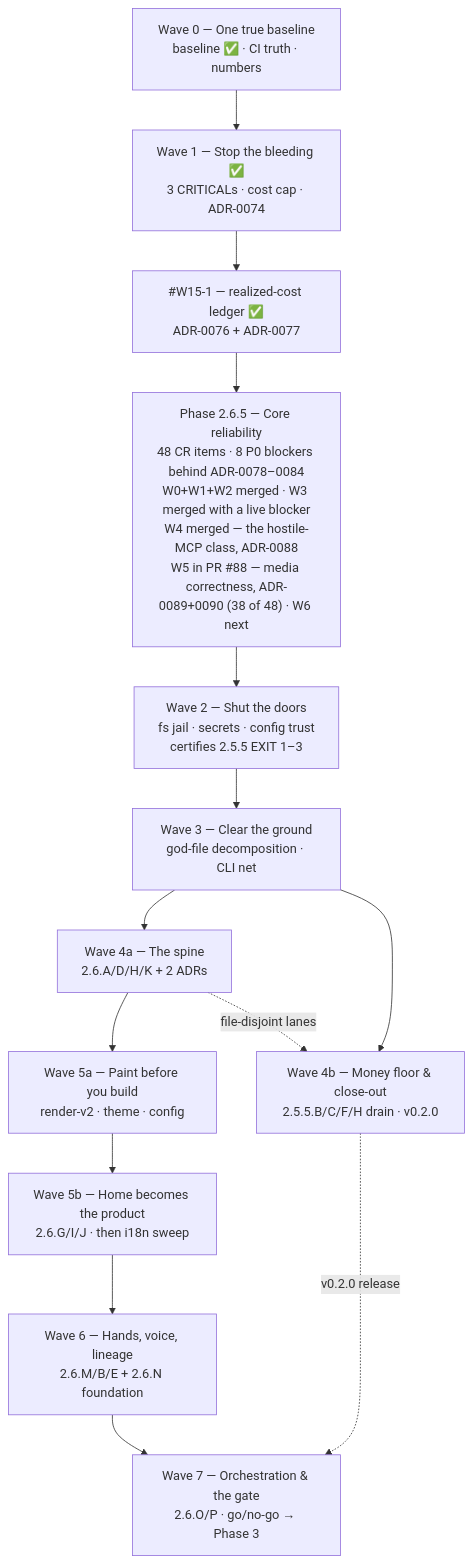
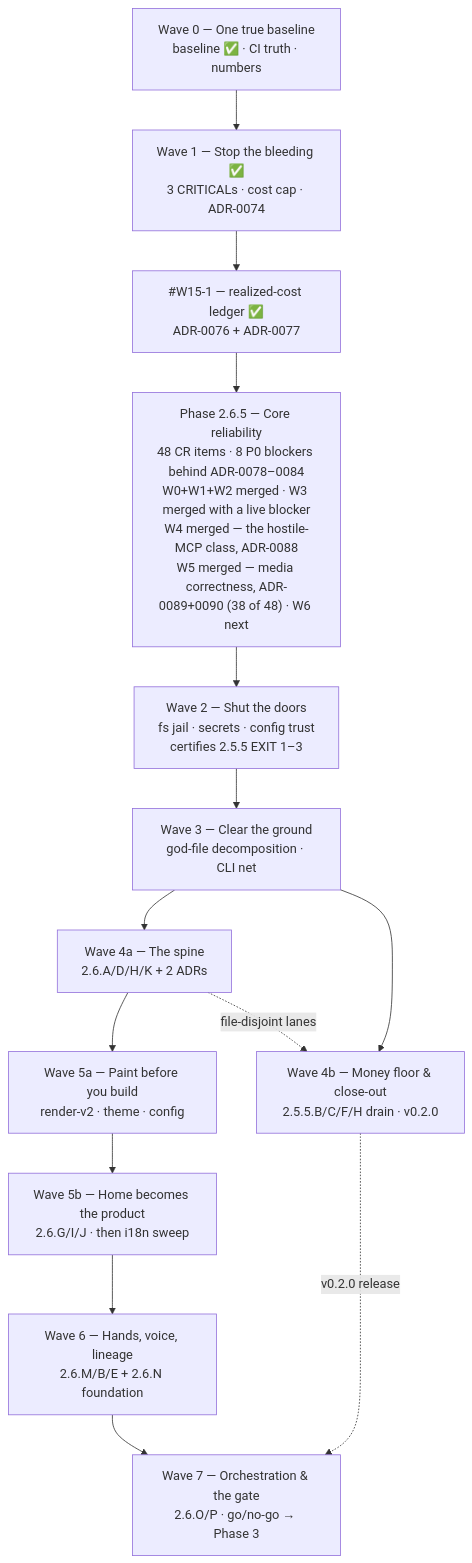
Before and after one commit to HodeTech/Relavium: the diagram in docs/roadmap/current.md, drawn with Mermaid. The commit also changed other lines of this file and 3 other files, not shown here.

````diff
--- a/docs/roadmap/current.md
+++ b/docs/roadmap/current.md
@@ -89,19 +89,19 @@
 ```mermaid
 flowchart TD
     W0["Wave 0 — One true baseline<br/>baseline ✅ · CI truth · numbers"]
     W1["Wave 1 — Stop the bleeding ✅<br/>3 CRITICALs · cost cap · ADR-0074"]
     LEDGER["#W15-1 — realized-cost ledger ✅<br/>ADR-0076 + ADR-0077"]
-    P265["Phase 2.6.5 — Core reliability<br/>48 CR items · 8 P0 blockers behind ADR-0078–0084<br/>W0+W1+W2 merged · W3 merged with a live blocker<br/>W4 merged — the hostile-MCP class, ADR-0088<br/>W5 in PR #88 — media correctness, ADR-0089+0090 (38 of 48) · W6 next"]
+    P265["Phase 2.6.5 — Core reliability<br/>48 CR items · 8 P0 blockers behind ADR-0078–0084<br/>W0+W1+W2 merged · W3 merged with a live blocker<br/>W4 merged — the hostile-MCP class, ADR-0088<br/>W5 merged — media correctness, ADR-0089+0090 (38 of 48) · W6 next"]
     W2["Wave 2 — Shut the doors<br/>fs jail · secrets · config trust<br/>certifies 2.5.5 EXIT 1–3"]
     W3["Wave 3 — Clear the ground<br/>god-file decomposition · CLI net"]
     W4a["Wave 4a — The spine<br/>2.6.A/D/H/K + 2 ADRs"]
     W4b["Wave 4b — Money floor & close-out<br/>2.5.5.B/C/F/H drain · v0.2.0"]
     W5a["Wave 5a — Paint before you build<br/>render-v2 · theme · config"]
     W5b["Wave 5b — Home becomes the product<br/>2.6.G/I/J · then i18n sweep"]
     W6["Wave 6 — Hands, voice, lineage<br/>2.6.M/B/E + 2.6.N foundation"]
     W7["Wave 7 — Orchestration & the gate<br/>2.6.O/P · go/no-go → Phase 3"]
     W0 --> W1 --> LEDGER --> P265 --> W2 --> W3 --> W4a --> W5a --> W5b --> W6 --> W7
     W3 --> W4b
     W4b -.->|v0.2.0 release| W7
     W4a -.->|file-disjoint lanes| W4b
 ```
````
